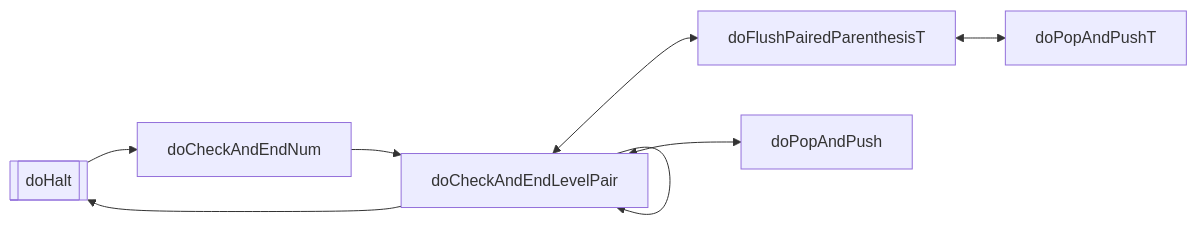
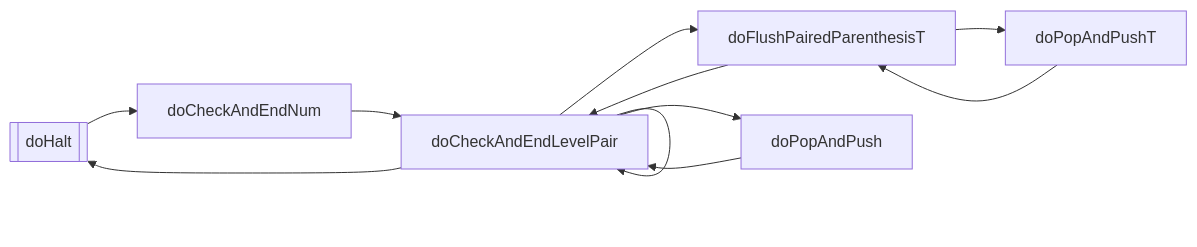
One commit to Shiritai/aias-lab5-spring-2024 changed the fifth of 6 diagrams in src/main/scala/acal/lab05/Hw2/state.md. Above: the diagram before and after it, drawn with Mermaid. The commit also changed other lines of this file and 5 other files, not shown here.

````diff
--- a/src/main/scala/acal/lab05/Hw2/state.md
+++ b/src/main/scala/acal/lab05/Hw2/state.md
@@ -53,10 +53,13 @@
 ```mermaid
 graph LR
-    doHalt[["doHalt"]] --> doCheckAndEndNum --> doCheckAndEndLevelPair <--> doFlushPairedParenthesisT <--> doPopAndPushT
+    doHalt[["doHalt"]] --> doCheckAndEndNum --> doCheckAndEndLevelPair --> doFlushPairedParenthesisT --> doPopAndPushT
 
-    doCheckAndEndLevelPair <--> doPopAndPush
+    doFlushPairedParenthesisT --> doCheckAndEndLevelPair
+    doPopAndPushT --> doFlushPairedParenthesisT
+    doCheckAndEndLevelPair --> doPopAndPush
+    doPopAndPush --> doCheckAndEndLevelPair
 
     doCheckAndEndLevelPair --> doHalt
 
     doCheckAndEndLevelPair --> doCheckAndEndLevelPair
 ```
````
